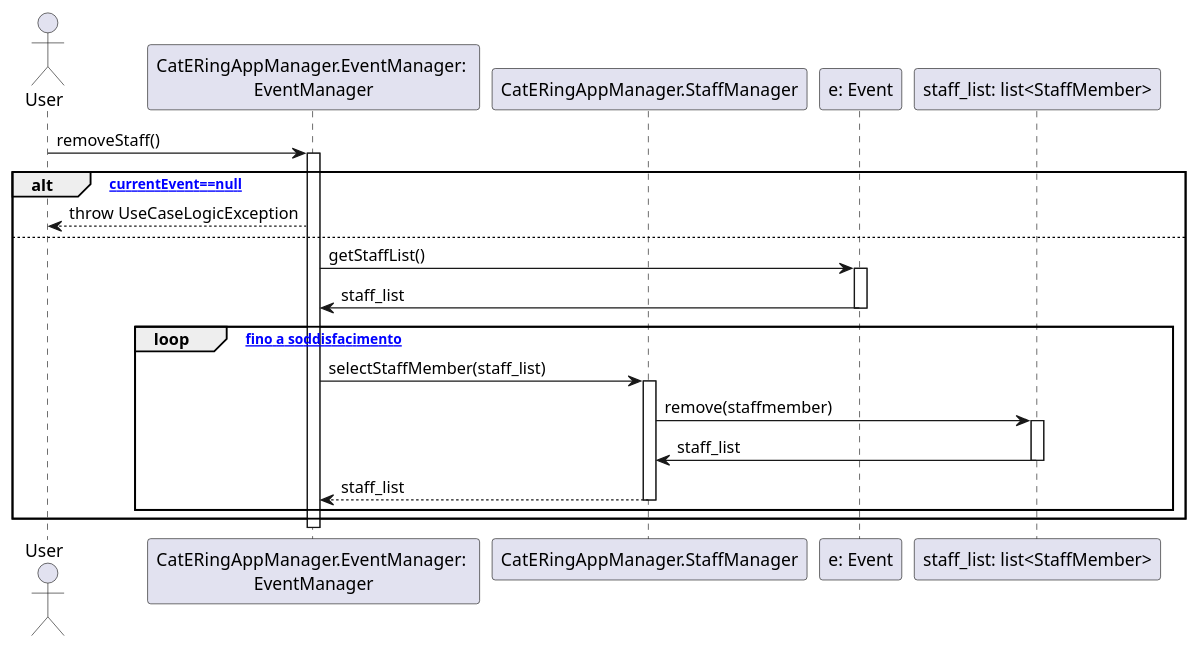
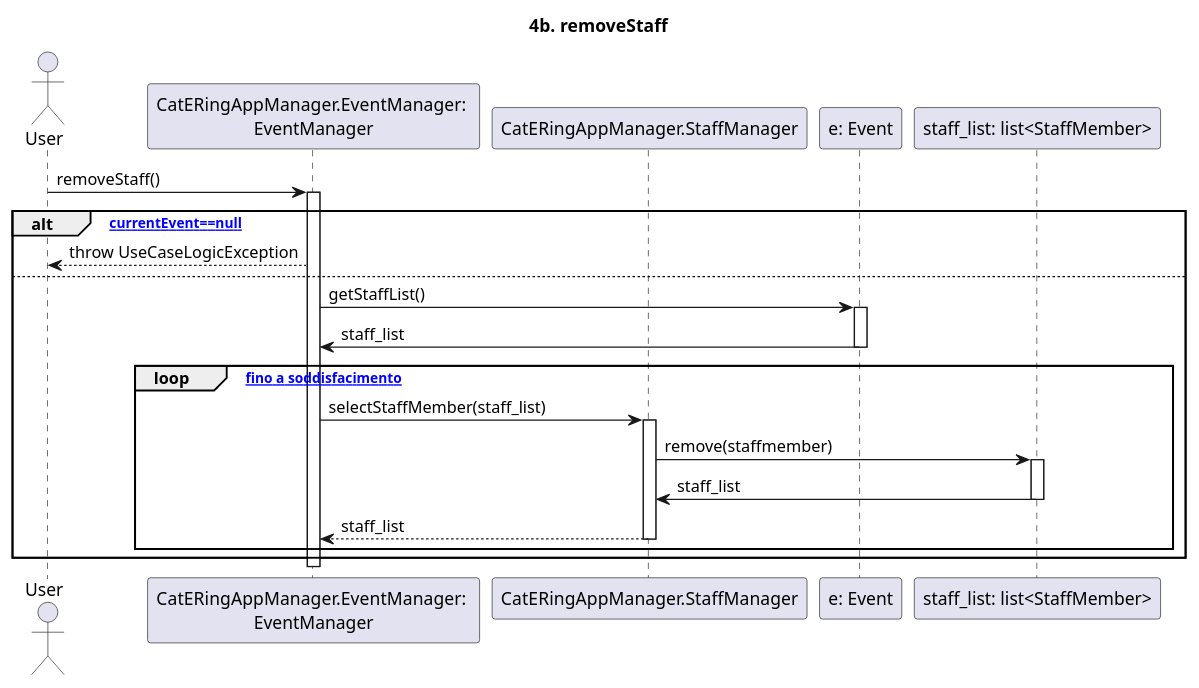
One commit to m0canu1/sas changed the diagram in dsd/dsd-eventi/estensioniEcc/4b-removeStaff.md. Above: the diagram before and after it, drawn with PlantUML. The commit also changed 13 other files, not shown here.

````diff
--- a/dsd/dsd-eventi/estensioniEcc/4b-removeStaff.md
+++ b/dsd/dsd-eventi/estensioniEcc/4b-removeStaff.md
@@ -1,32 +1,35 @@
 ```plantuml
+
+title: 4b. removeStaff
+
 Actor User
 Participant "CatERingAppManager.EventManager: \nEventManager" as EM
 Participant "CatERingAppManager.StaffManager" as SM
 Participant "e: Event" as E
 
 User -> EM: removeStaff()
 Activate EM
 
 alt [currentEvent==null]
     EM --> User: throw UseCaseLogicException
 else
     EM -> E: getStaffList()
     Activate E
     E -> EM: staff_list
     Deactivate E
     
     loop ["fino a soddisfacimento"]
         EM -> SM: selectStaffMember(staff_list)
         Activate SM
         
             SM -> "staff_list: list<StaffMember>": remove(staffmember)
             Activate "staff_list: list<StaffMember>"
             "staff_list: list<StaffMember>" -> SM: staff_list
             Deactivate "staff_list: list<StaffMember>"
         SM --> EM: staff_list
         Deactivate SM
     end    
 end
 Deactivate EM
 
 ```
````
